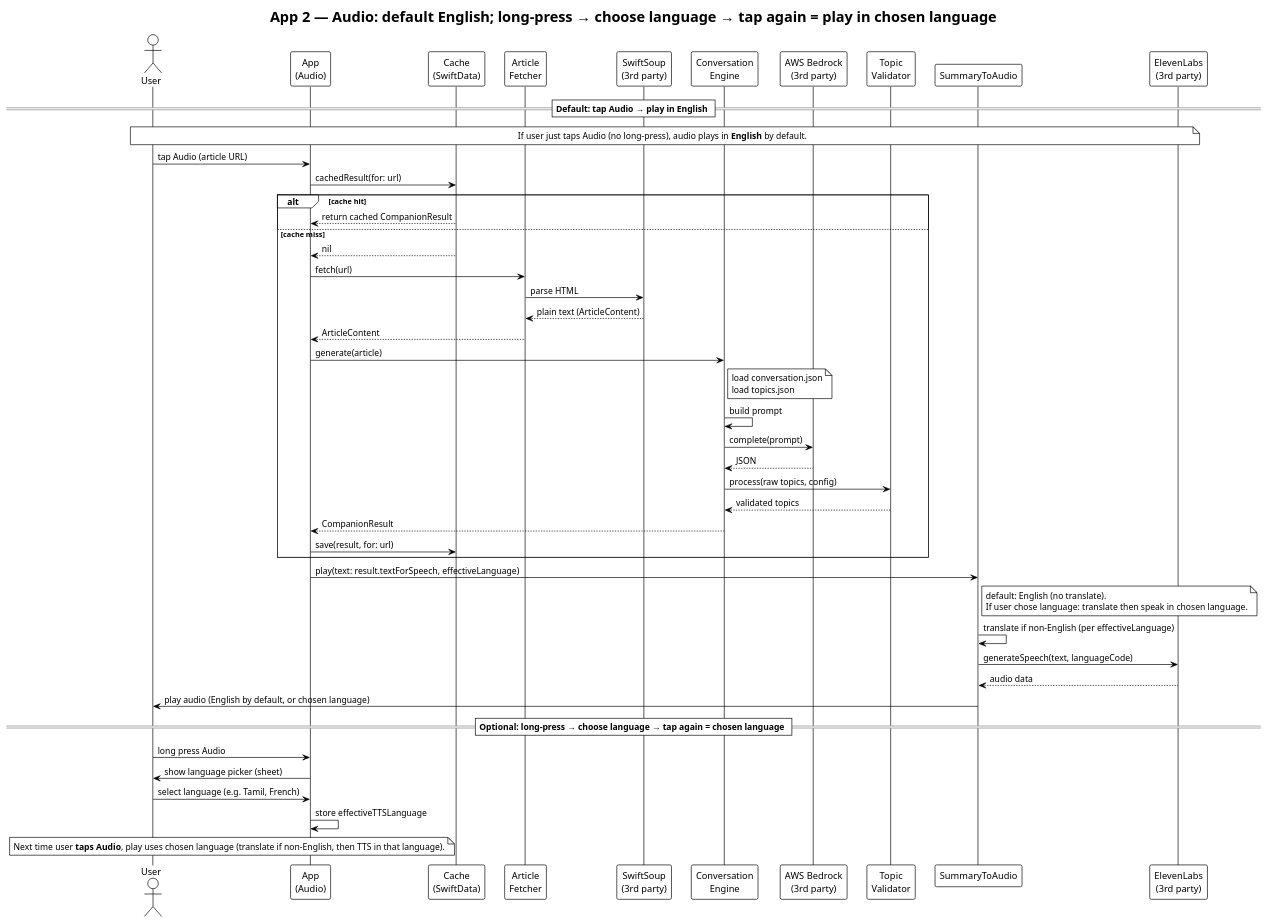
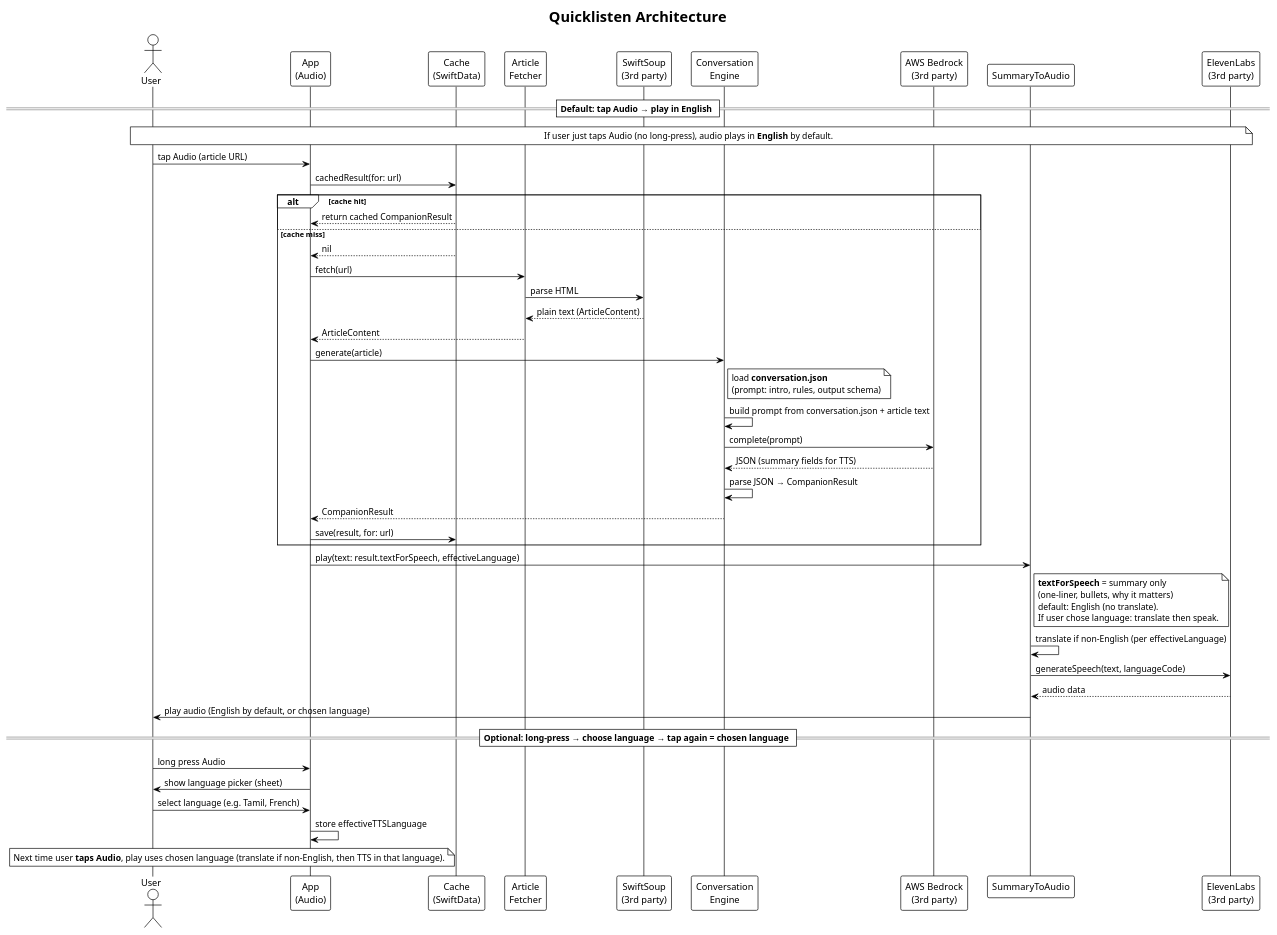
The diagram in docs/sequence-diagram-audio.puml (rathish24/AINewsCompanion), drawn with PlantUML before and after one commit. The commit also changed other lines of this file and 1 other file, not shown here.

Commit message:
Updated audio sequence diagram

```diff
--- a/docs/sequence-diagram-audio.puml
+++ b/docs/sequence-diagram-audio.puml
@@ -5,60 +5,63 @@
 @startuml App2_Sequence_V2
 !theme plain
-title App 2 — Audio: default English; long-press → choose language → tap again = play in chosen language
+title Quicklisten Architecture
 
 actor User
 participant "App\n(Audio)" as App
 participant "Cache\n(SwiftData)" as Cache
 participant "Article\nFetcher" as Fetcher
 participant "SwiftSoup\n(3rd party)" as SwiftSoup
 participant "Conversation\nEngine" as Engine
 participant "AWS Bedrock\n(3rd party)" as Bedrock
-participant "Topic\nValidator" as Validator
 participant "SummaryToAudio" as TTS
 participant "ElevenLabs\n(3rd party)" as ElevenLabs
 
 == Default: tap Audio → play in English ==
 note over User, ElevenLabs: If user just taps Audio (no long-press), audio plays in **English** by default.
 User -> App: tap Audio (article URL)
 App -> Cache: cachedResult(for: url)
 
 alt cache hit
   Cache --> App: return cached CompanionResult
 else cache miss
   Cache --> App: nil
 
   App -> Fetcher: fetch(url)
   Fetcher -> SwiftSoup: parse HTML
   SwiftSoup --> Fetcher: plain text (ArticleContent)
   Fetcher --> App: ArticleContent
 
   App -> Engine: generate(article)
   note right of Engine
-    load conversation.json
-    load topics.json
+    load **conversation.json**
+    (prompt: intro, rules, output schema)
   end note
-  Engine -> Engine: build prompt
+  Engine -> Engine: build prompt from conversation.json + article text
   Engine -> Bedrock: complete(prompt)
-  Bedrock --> Engine: JSON
-  Engine -> Validator: process(raw topics, config)
-  Validator --> Engine: validated topics
+  Bedrock --> Engine: JSON (summary fields for TTS)
+  Engine -> Engine: parse JSON → CompanionResult
   Engine --> App: CompanionResult
 
   App -> Cache: save(result, for: url)
 end
 
 App -> TTS: play(text: result.textForSpeech, effectiveLanguage)
-note right of TTS: default: English (no translate).\nIf user chose language: translate then speak in chosen language.
+note right of TTS
+  **textForSpeech** = summary only
+  (one-liner, bullets, why it matters)
+  default: English (no translate).
+  If user chose language: translate then speak.
+end note
 TTS -> TTS: translate if non-English (per effectiveLanguage)
 TTS -> ElevenLabs: generateSpeech(text, languageCode)
 ElevenLabs --> TTS: audio data
 TTS -> User: play audio (English by default, or chosen language)
 
 == Optional: long-press → choose language → tap again = chosen language ==
 User -> App: long press Audio
 App -> User: show language picker (sheet)
 User -> App: select language (e.g. Tamil, French)
 App -> App: store effectiveTTSLanguage
 note over User, App: Next time user **taps Audio**, play uses chosen language (translate if non-English, then TTS in that language).
 
 @enduml
```
